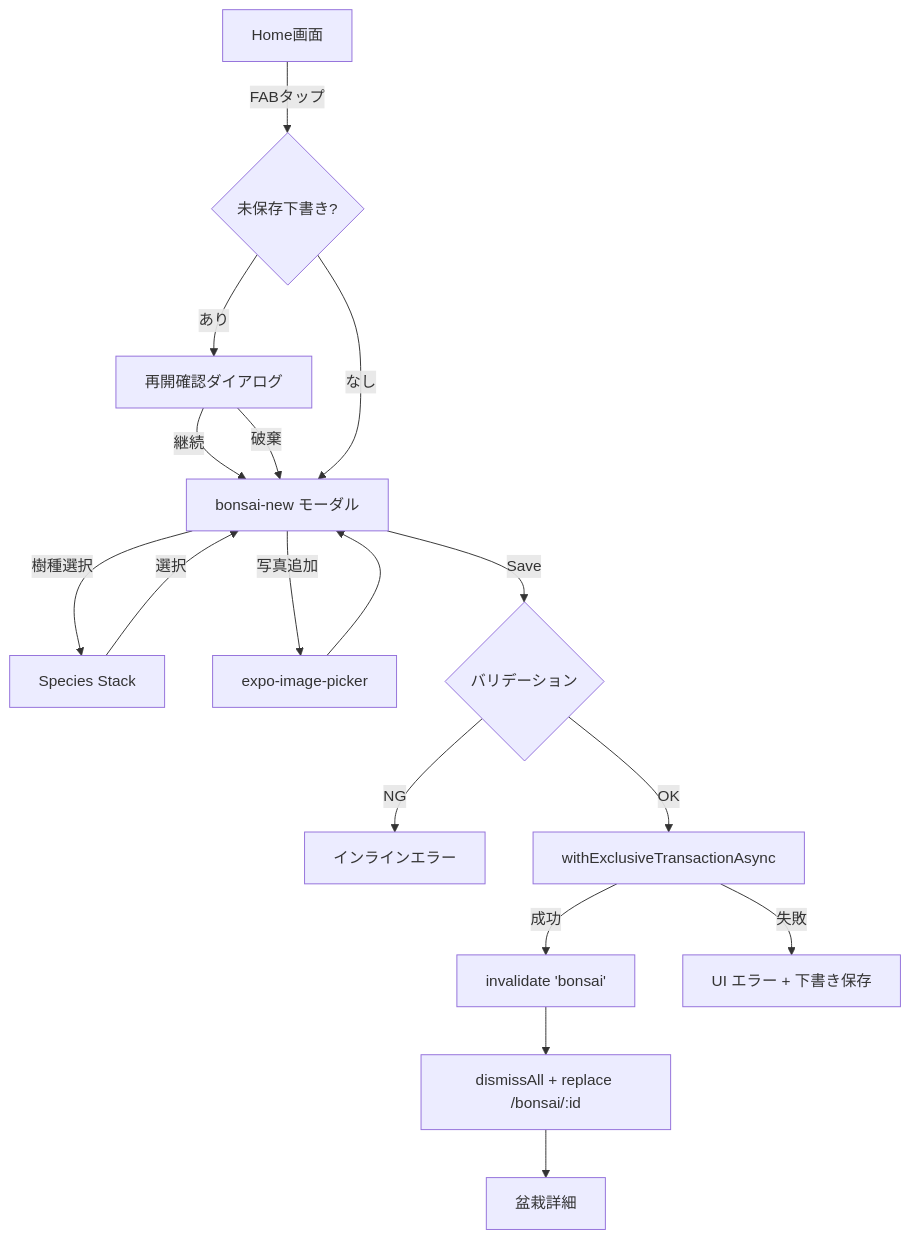
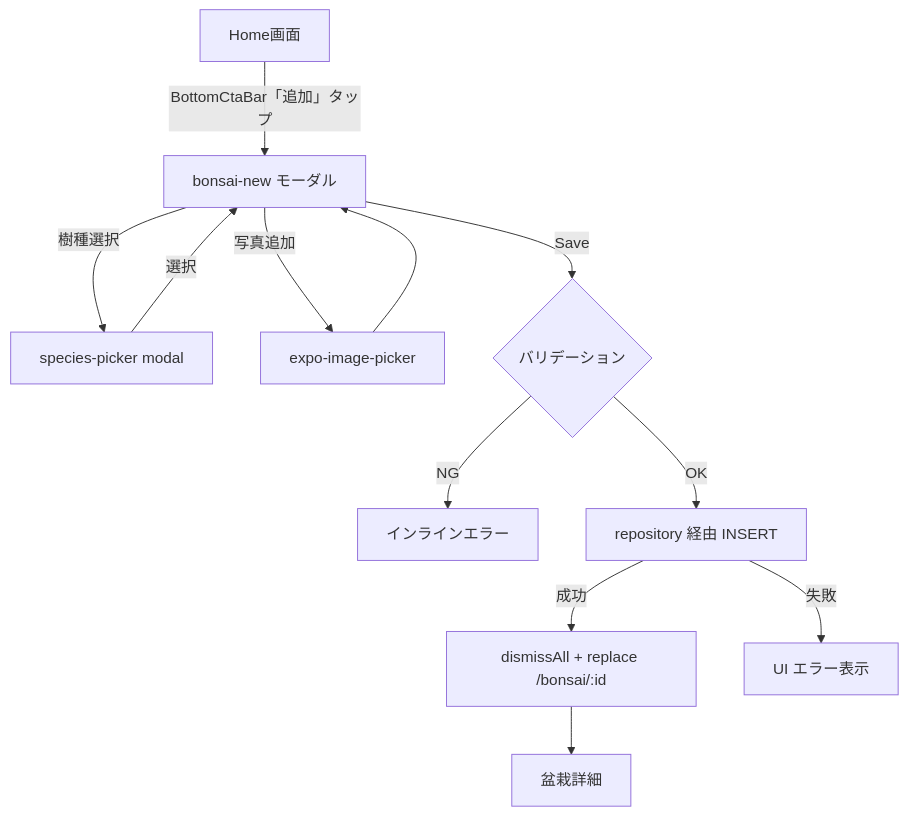
The first of 14 diagrams in docs/reference/functional_spec.md (doooooraku/BonsaiLog), drawn with Mermaid before and after one commit. The commit also changed other lines of this file and 2 other files, not shown here.

````diff
--- a/docs/reference/functional_spec.md
+++ b/docs/reference/functional_spec.md
@@ -321,19 +260,14 @@
 ```mermaid
 flowchart TD
-  Home[Home画面] -->|FABタップ| CheckDraft{未保存下書き?}
-  CheckDraft -- あり --> Resume[再開確認ダイアログ]
-  Resume -->|継続| Modal
-  Resume -->|破棄| Modal
-  CheckDraft -- なし --> Modal[bonsai-new モーダル]
-  Modal -->|樹種選択| Species[Species Stack]
+  Home[Home画面] -->|BottomCtaBar「追加」タップ| Modal[bonsai-new モーダル]
+  Modal -->|樹種選択| Species[species-picker modal]
   Species -->|選択| Modal
   Modal -->|写真追加| Camera[expo-image-picker]
   Camera --> Modal
   Modal -->|Save| Validate{バリデーション}
   Validate -- NG --> Error[インラインエラー]
-  Validate -- OK --> TXN[withExclusiveTransactionAsync]
-  TXN -->|成功| Invalidate[invalidate 'bonsai']
-  Invalidate --> DismissReplace[dismissAll + replace /bonsai/:id]
+  Validate -- OK --> TXN[repository 経由 INSERT]
+  TXN -->|成功| DismissReplace[dismissAll + replace /bonsai/:id]
   DismissReplace --> Detail[盆栽詳細]
-  TXN -->|失敗| RollbackError[UI エラー + 下書き保存]
+  TXN -->|失敗| RollbackError[UI エラー表示]
 ```
````
